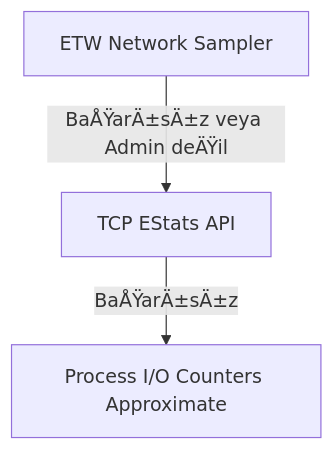
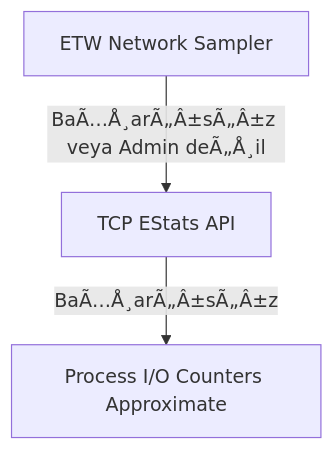
One commit to siklone/RegProbe changed the fourth of 7 diagrams in Docs/ARCHITECTURE_DEEP_DIVE.md. Above: the diagram before and after it, drawn with Mermaid. The commit also changed other lines of this file and 9 other files, not shown here.

````diff
--- a/Docs/ARCHITECTURE_DEEP_DIVE.md
+++ b/Docs/ARCHITECTURE_DEEP_DIVE.md
@@ -98,5 +98,5 @@
 ```mermaid
 graph TD
-    A[ETW Network Sampler] -->|BaÅŸarÄ±sÄ±z veya Admin deÄŸil| B[TCP EStats API]
-    B -->|BaÅŸarÄ±sÄ±z| C[Process I/O Counters Approximate]
+    A[ETW Network Sampler] -->|BaÃ…Å¸arÃ„Â±sÃ„Â±z veya Admin deÃ„Å¸il| B[TCP EStats API]
+    B -->|BaÃ…Å¸arÃ„Â±sÃ„Â±z| C[Process I/O Counters Approximate]
 ```
````
